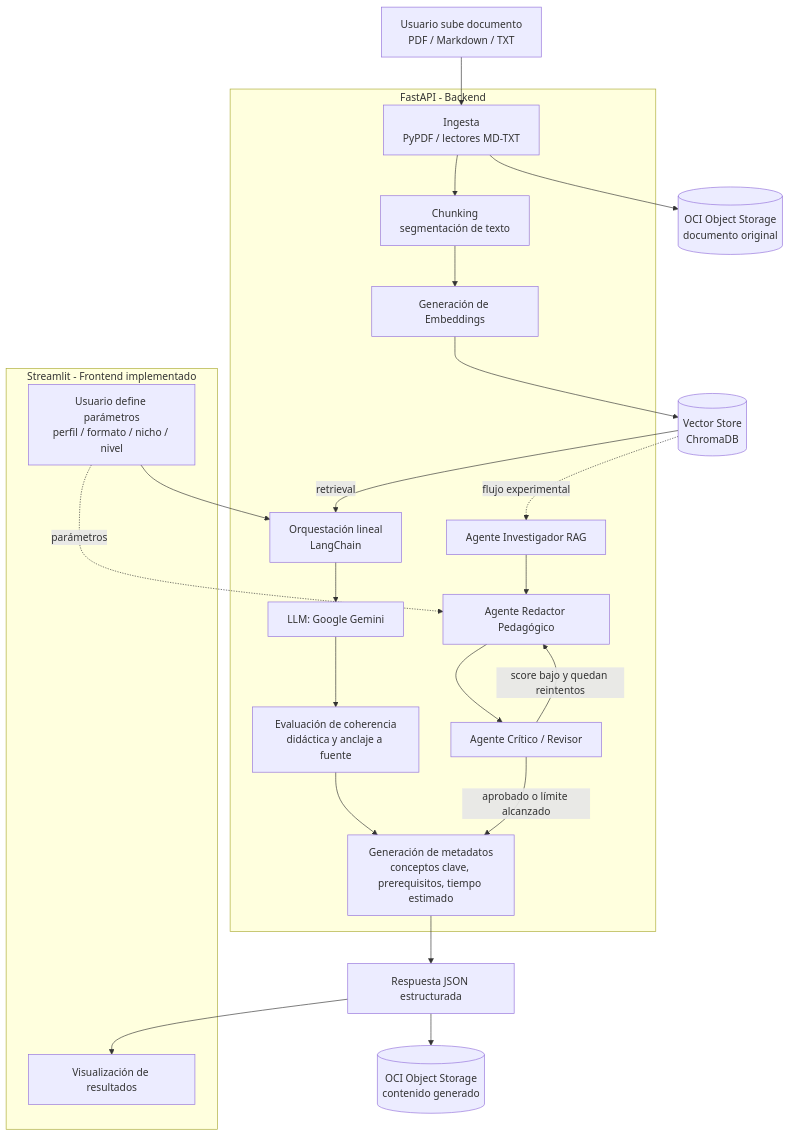
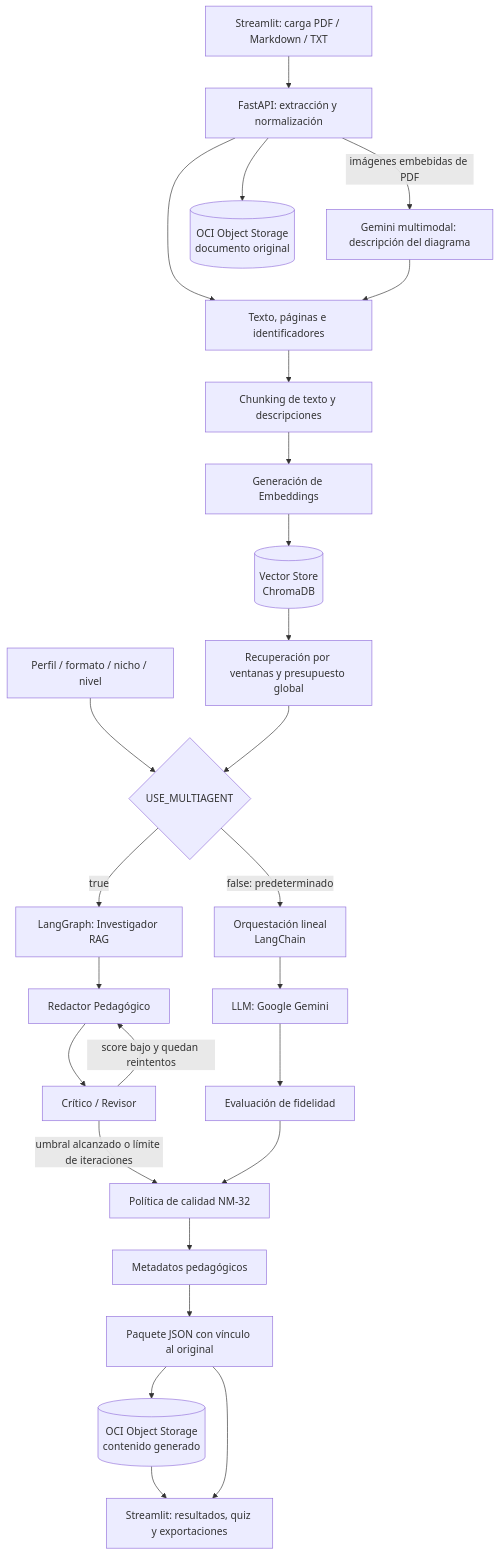
Before and after one commit to No-Country-simulation/nuevamente-g10-latam-equipo21: the diagram in docs/ARCHITECTURE.md, drawn with Mermaid. The commit also changed other lines of this file and 5 other files, not shown here.

````diff
--- a/docs/ARCHITECTURE.md
+++ b/docs/ARCHITECTURE.md
@@ -15,44 +16,28 @@
 ```mermaid
 flowchart TD
-    A[Usuario sube documento<br/>PDF / Markdown / TXT] --> B[Ingesta<br/>PyPDF / lectores MD-TXT]
-    B --> C[Chunking<br/>segmentación de texto]
+    A[Streamlit: carga PDF / Markdown / TXT] --> B[FastAPI: extracción y normalización]
+    B --> P[Texto, páginas e identificadores]
+    B -- imágenes embebidas de PDF --> V[Gemini multimodal: descripción del diagrama]
+    V --> P
+    P --> C[Chunking de texto y descripciones]
     C --> D[Generación de Embeddings]
     D --> E[(Vector Store<br/>ChromaDB)]
-
-    F[Usuario define parámetros<br/>perfil / formato / nicho / nivel] --> G[Orquestación lineal<br/>LangChain]
-    E -- retrieval --> G
+    E --> R[Recuperación por ventanas y presupuesto global]
+    F[Perfil / formato / nicho / nivel] --> S{USE_MULTIAGENT}
+    R --> S
+    S -- false: predeterminado --> G[Orquestación lineal<br/>LangChain]
     G --> H[LLM: Google Gemini]
-    H --> I[Evaluación de coherencia<br/>didáctica y anclaje a fuente]
-    I --> J[Generación de metadatos<br/>conceptos clave, prerequisitos, tiempo estimado]
-    J --> K[Respuesta JSON estructurada]
-
-    E -. flujo experimental .-> A1[Agente Investigador RAG]
-    F -. parámetros .-> A2[Agente Redactor Pedagógico]
+    H --> I[Evaluación de fidelidad]
+    S -- true --> A1[LangGraph: Investigador RAG]
     A1 --> A2
-    A2 --> A3[Agente Crítico / Revisor]
+    A2[Redactor Pedagógico] --> A3[Crítico / Revisor]
     A3 -- score bajo y quedan reintentos --> A2
-    A3 -- aprobado o límite alcanzado --> J
-
+    A3 -- umbral alcanzado o límite de iteraciones --> Q[Política de calidad NM-32]
+    I --> Q
+    Q --> J[Metadatos pedagógicos]
+    J --> K[Paquete JSON con vínculo al original]
     B --> L[(OCI Object Storage<br/>documento original)]
     K --> M[(OCI Object Storage<br/>contenido generado)]
-
-    subgraph Backend [FastAPI - Backend]
-        B
-        C
-        D
-        G
-        H
-        I
-        J
-        A1
-        A2
-        A3
-    end
-
-    subgraph Frontend [Streamlit - Frontend implementado]
-        F
-        N[Visualización de resultados]
-    end
-
+    M --> N[Streamlit: resultados, quiz y exportaciones]
     K --> N
 ```
````
